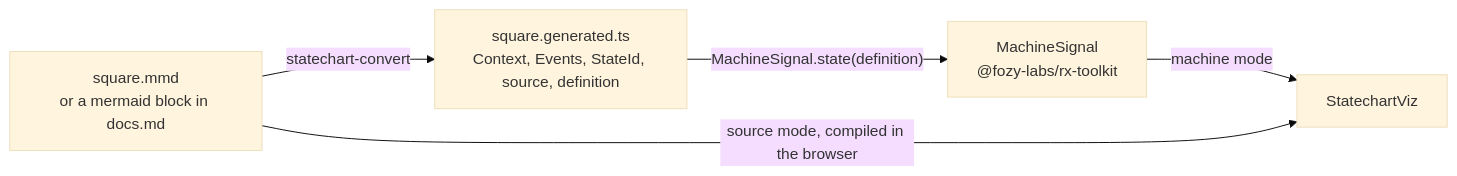
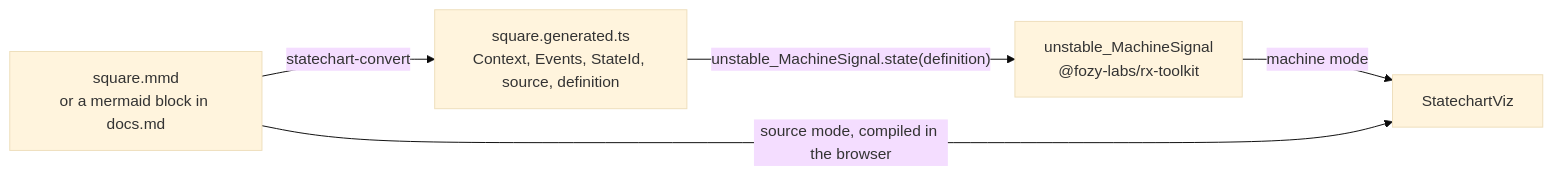
Before and after one commit to fozy-labs/statechart: the diagram in README.md, drawn with Mermaid (base theme). The commit also changed other lines of this file and 16 other files, not shown here.

First line of the commit message:
build(deps): move to @fozy-labs/rx-toolkit 0.12.0

````diff
--- a/README.md
+++ b/README.md
@@ -22,12 +22,12 @@
 ```mermaid
 flowchart LR
     SRC["square.mmd<br/>or a mermaid block in docs.md"]
     GEN["square.generated.ts<br/>Context, Events, StateId, source, definition"]
-    RT["MachineSignal<br/>@fozy-labs/rx-toolkit"]
+    RT["unstable_MachineSignal<br/>@fozy-labs/rx-toolkit"]
     VIZ["StatechartViz"]
 
     SRC -- "statechart-convert" --> GEN
-    GEN -- "MachineSignal.state(definition)" --> RT
+    GEN -- "unstable_MachineSignal.state(definition)" --> RT
     RT -- "machine mode" --> VIZ
     SRC -- "source mode, compiled in the browser" --> VIZ
 ```
````
